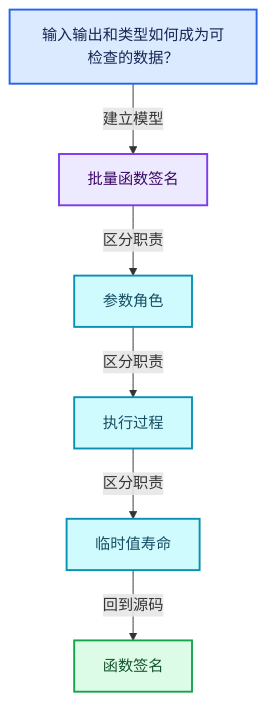
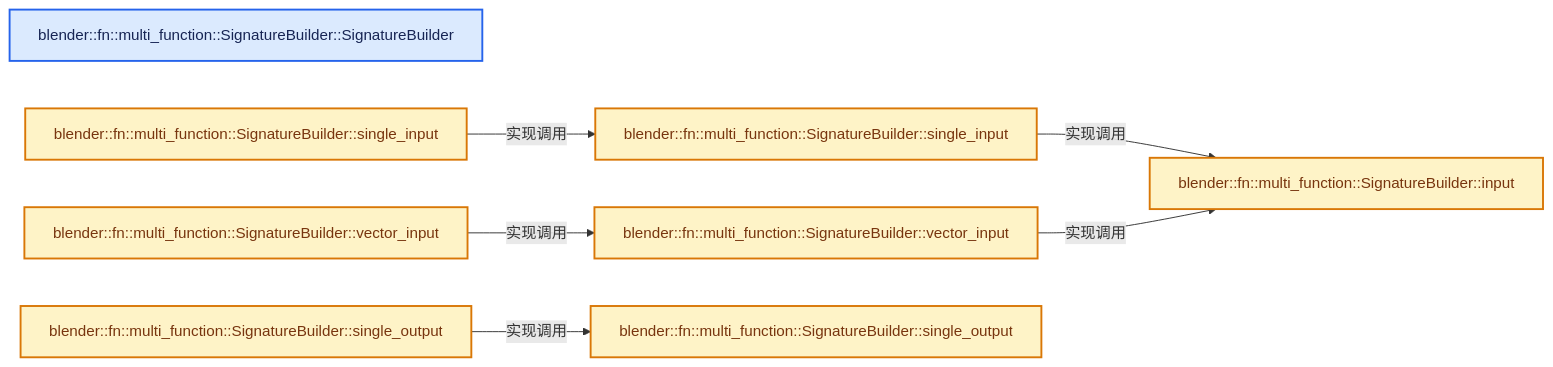
The second of 4 diagrams in 杂/markdown/全面学习-codex/07-MultiFunction与批量执行/02-函数签名.md (yunkezengren/blender-.vscode), drawn with Mermaid before and after one commit. The commit also changed other lines of this file and 1930 other files, not shown here.

````diff
--- a/杂/markdown/全面学习-codex/07-MultiFunction与批量执行/02-函数签名.md
+++ b/杂/markdown/全面学习-codex/07-MultiFunction与批量执行/02-函数签名.md
@@ -60,20 +46,22 @@
 ```mermaid
-flowchart TB
-  Q["输入输出和类型如何成为可检查的数据？"]:::input
-  C0["批量函数签名"]:::abstraction
-  C1["参数角色"]:::data
-  C2["执行过程"]:::data
-  C3["临时值寿命"]:::data
-  R["函数签名"]:::result
-  Q -->|"建立模型"| C0
-  C0 -->|"区分职责"| C1
-  C1 -->|"区分职责"| C2
-  C2 -->|"区分职责"| C3
-  C3 -->|"回到源码"| R
+flowchart LR
+  F0["blender::fn::multi_function::SignatureBuilder::SignatureBuilder"]:::input
+  F1["blender::fn::multi_function::SignatureBuilder::single_input"]:::compute
+  F2["blender::fn::multi_function::SignatureBuilder::single_input"]:::compute
+  F3["blender::fn::multi_function::SignatureBuilder::vector_input"]:::compute
+  F4["blender::fn::multi_function::SignatureBuilder::vector_input"]:::compute
+  F5["blender::fn::multi_function::SignatureBuilder::input"]:::compute
+  F6["blender::fn::multi_function::SignatureBuilder::single_output"]:::compute
+  F7["blender::fn::multi_function::SignatureBuilder::single_output"]:::compute
+  F1 -->|"实现调用"| F2
+  F2 -->|"实现调用"| F5
+  F3 -->|"实现调用"| F4
+  F4 -->|"实现调用"| F5
+  F6 -->|"实现调用"| F7
   classDef input fill:#DBEAFE,stroke:#2563EB,color:#172554,stroke-width:2px;
   classDef data fill:#CFFAFE,stroke:#0891B2,color:#164E63,stroke-width:2px;
   classDef abstraction fill:#EDE9FE,stroke:#7C3AED,color:#3B0764,stroke-width:2px;
   classDef compute fill:#FEF3C7,stroke:#D97706,color:#78350F,stroke-width:2px;
   classDef result fill:#DCFCE7,stroke:#16A34A,color:#14532D,stroke-width:2px;
   classDef error fill:#FEE2E2,stroke:#DC2626,color:#7F1D1D,stroke-width:2px;
 ```
````
